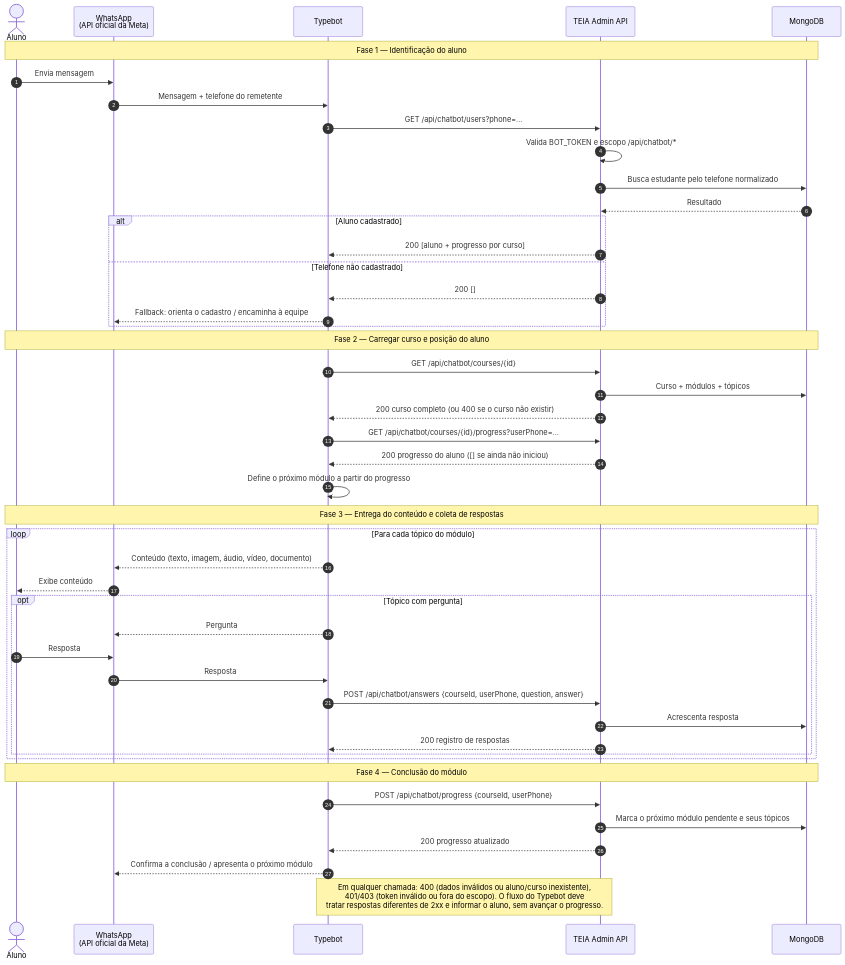
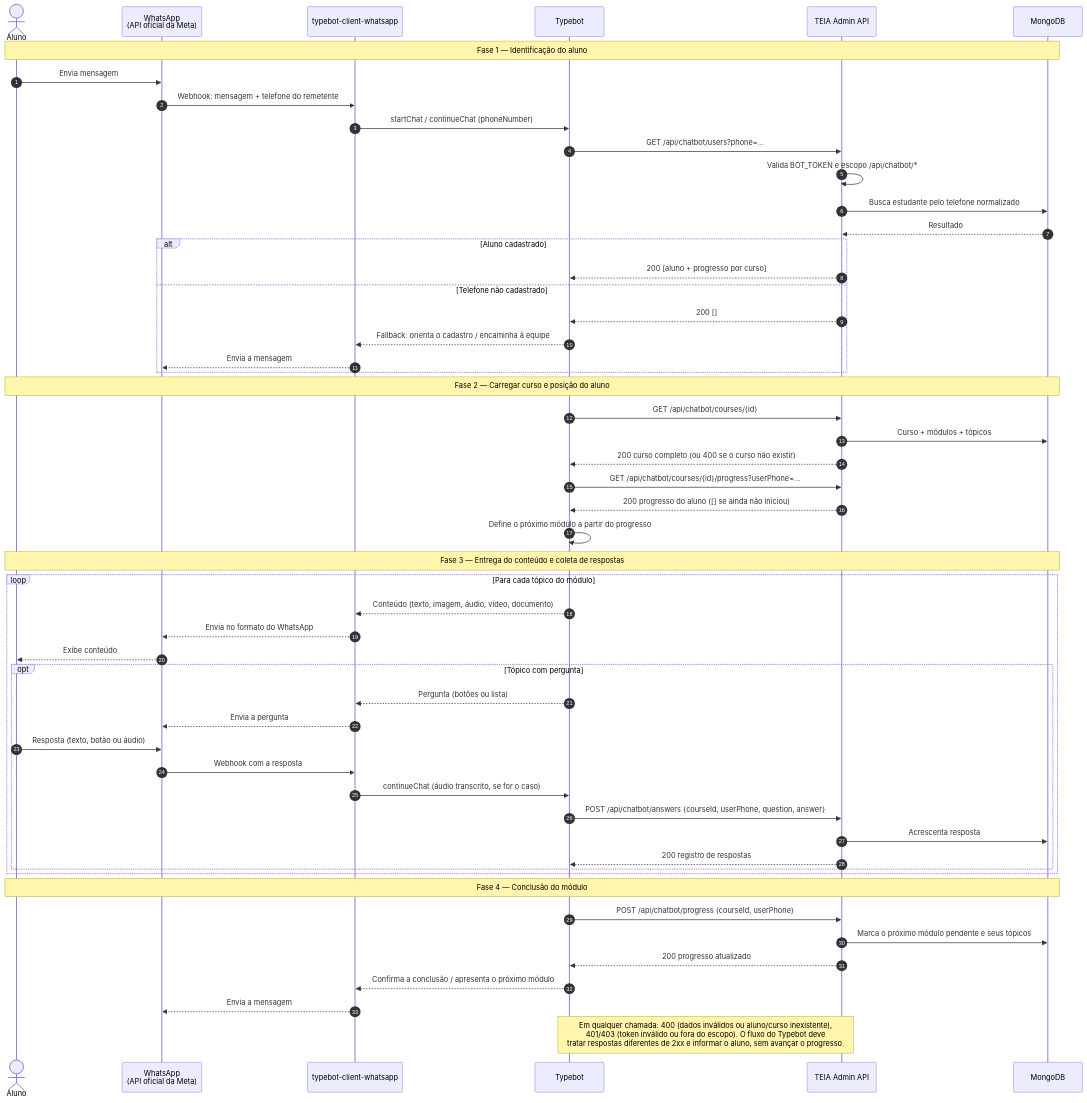
Before and after one commit to devsdoprojetoteia/teia-admin: the second of 2 diagrams in docs/arquitetura_aplicacao.md, drawn with Mermaid. The commit also changed other lines of this file and 1 other file, not shown here.

Commit message:
Adiciona à documentação de arquitetura o serviço typebot-client-whatsapp, que faz a ponte entre a API oficial da Meta e o Typebot, incluindo-o nos diagramas, na tabela de responsabilidades e na descrição dos fallbacks.

````diff
--- a/docs/arquitetura_aplicacao.md
+++ b/docs/arquitetura_aplicacao.md
@@ -101,53 +110,60 @@
 ```mermaid
 sequenceDiagram
   autonumber
   actor Aluno
   participant WA as WhatsApp<br/>(API oficial da Meta)
+  participant CL as typebot-client-whatsapp
   participant TB as Typebot
   participant API as TEIA Admin API
   participant DB as MongoDB
 
   Note over Aluno,DB: Fase 1 — Identificação do aluno
   Aluno->>WA: Envia mensagem
-  WA->>TB: Mensagem + telefone do remetente
+  WA->>CL: Webhook: mensagem + telefone do remetente
+  CL->>TB: startChat / continueChat (phoneNumber)
   TB->>API: GET /api/chatbot/users?phone=...
   API->>API: Valida BOT_TOKEN e escopo /api/chatbot/*
   API->>DB: Busca estudante pelo telefone normalizado
   DB-->>API: Resultado
   alt Aluno cadastrado
     API-->>TB: 200 [aluno + progresso por curso]
   else Telefone não cadastrado
     API-->>TB: 200 []
-    TB-->>WA: Fallback: orienta o cadastro / encaminha à equipe
+    TB-->>CL: Fallback: orienta o cadastro / encaminha à equipe
+    CL-->>WA: Envia a mensagem
   end
 
   Note over Aluno,DB: Fase 2 — Carregar curso e posição do aluno
   TB->>API: GET /api/chatbot/courses/{id}
   API->>DB: Curso + módulos + tópicos
   API-->>TB: 200 curso completo (ou 400 se o curso não existir)
   TB->>API: GET /api/chatbot/courses/{id}/progress?userPhone=...
   API-->>TB: 200 progresso do aluno ([] se ainda não iniciou)
   TB->>TB: Define o próximo módulo a partir do progresso
 
   Note over Aluno,DB: Fase 3 — Entrega do conteúdo e coleta de respostas
   loop Para cada tópico do módulo
-    TB-->>WA: Conteúdo (texto, imagem, áudio, vídeo, documento)
+    TB-->>CL: Conteúdo (texto, imagem, áudio, vídeo, documento)
+    CL-->>WA: Envia no formato do WhatsApp
     WA-->>Aluno: Exibe conteúdo
     opt Tópico com pergunta
-      TB-->>WA: Pergunta
-      Aluno->>WA: Resposta
-      WA->>TB: Resposta
+      TB-->>CL: Pergunta (botões ou lista)
+      CL-->>WA: Envia a pergunta
+      Aluno->>WA: Resposta (texto, botão ou áudio)
+      WA->>CL: Webhook com a resposta
+      CL->>TB: continueChat (áudio transcrito, se for o caso)
       TB->>API: POST /api/chatbot/answers {courseId, userPhone, question, answer}
       API->>DB: Acrescenta resposta
       API-->>TB: 200 registro de respostas
     end
   end
 
   Note over Aluno,DB: Fase 4 — Conclusão do módulo
   TB->>API: POST /api/chatbot/progress {courseId, userPhone}
   API->>DB: Marca o próximo módulo pendente e seus tópicos
   API-->>TB: 200 progresso atualizado
-  TB-->>WA: Confirma a conclusão / apresenta o próximo módulo
+  TB-->>CL: Confirma a conclusão / apresenta o próximo módulo
+  CL-->>WA: Envia a mensagem
 
   Note over TB,API: Em qualquer chamada: 400 (dados inválidos ou aluno/curso inexistente),<br/>401/403 (token inválido ou fora do escopo). O fluxo do Typebot deve<br/>tratar respostas diferentes de 2xx e informar o aluno, sem avançar o progresso.
 ```
````
